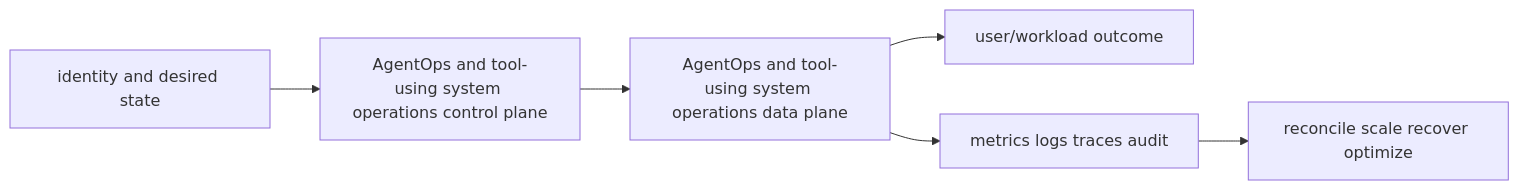
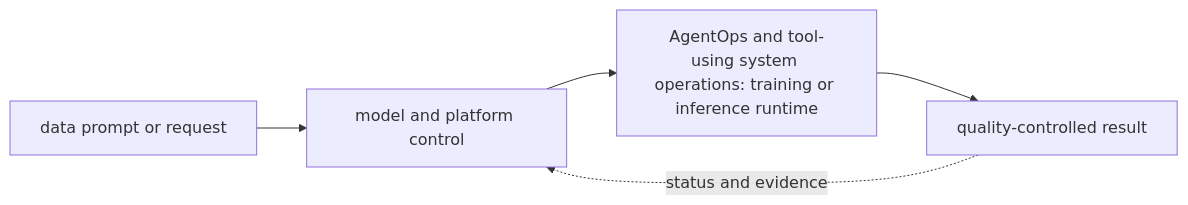
Before and after one commit to tomkidumbuyo/DevOps-interview-preparation: the diagram in 11-ai-platform/08-mlops-and-llmops-lifecycle/21-agentops/README.md, drawn with Mermaid. The commit also changed other lines of this file and 753 other files, not shown here.

````diff
--- a/11-ai-platform/08-mlops-and-llmops-lifecycle/21-agentops/README.md
+++ b/11-ai-platform/08-mlops-and-llmops-lifecycle/21-agentops/README.md
@@ -19,8 +31,7 @@
 ```mermaid
 flowchart LR
-  I[identity and desired state] --> C[AgentOps and tool-using system operations control plane]
-  C --> D[AgentOps and tool-using system operations data plane]
-  D --> U[user/workload outcome]
-  D --> O[metrics logs traces audit]
-  O --> R[reconcile scale recover optimize]
+  A["data prompt or request"] --> B["model and platform control"]
+  B --> C["AgentOps and tool-using system operations: training or inference runtime"]
+  C --> D["quality-controlled result"]
+  D -. "status and evidence" .-> B
 ```
````
